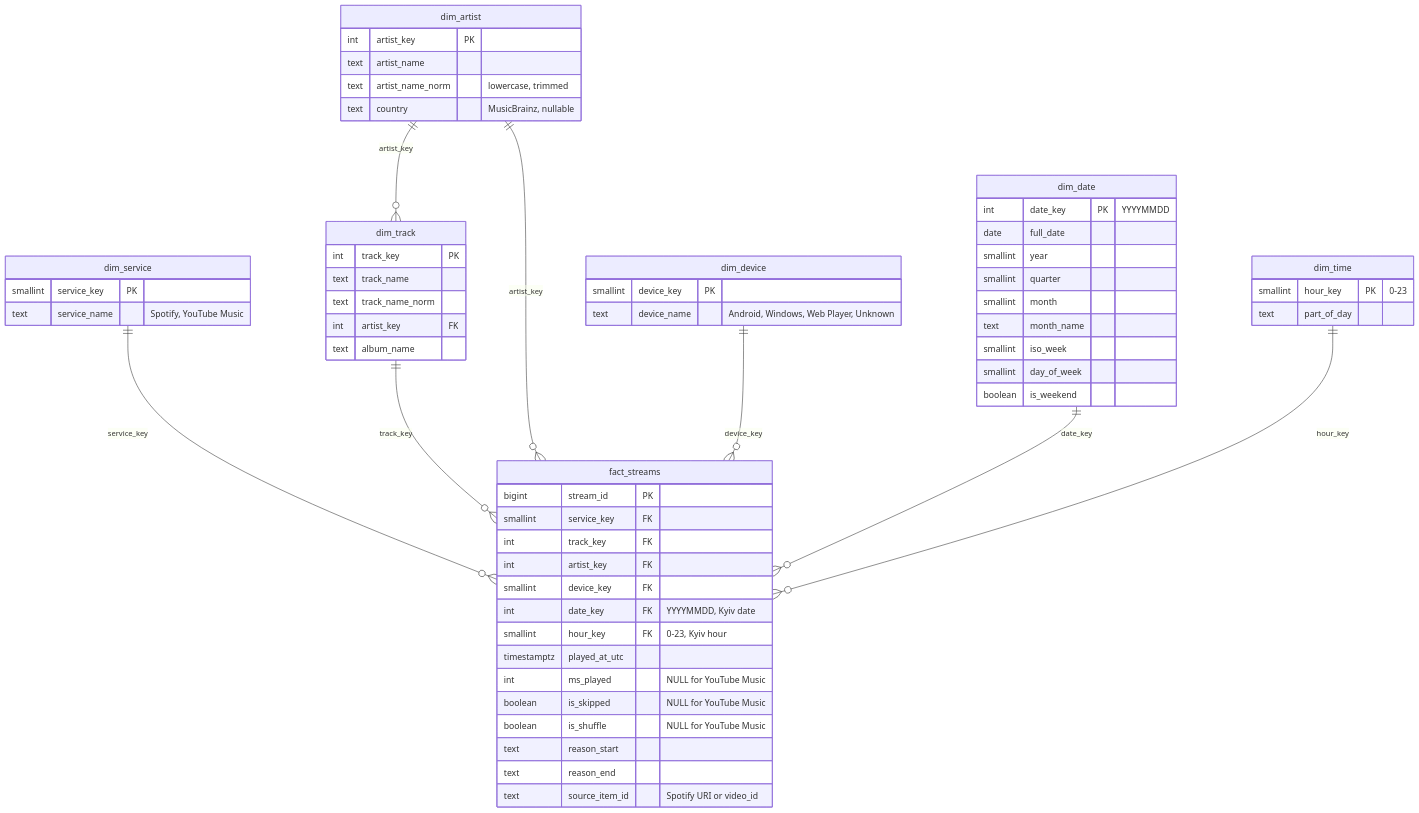
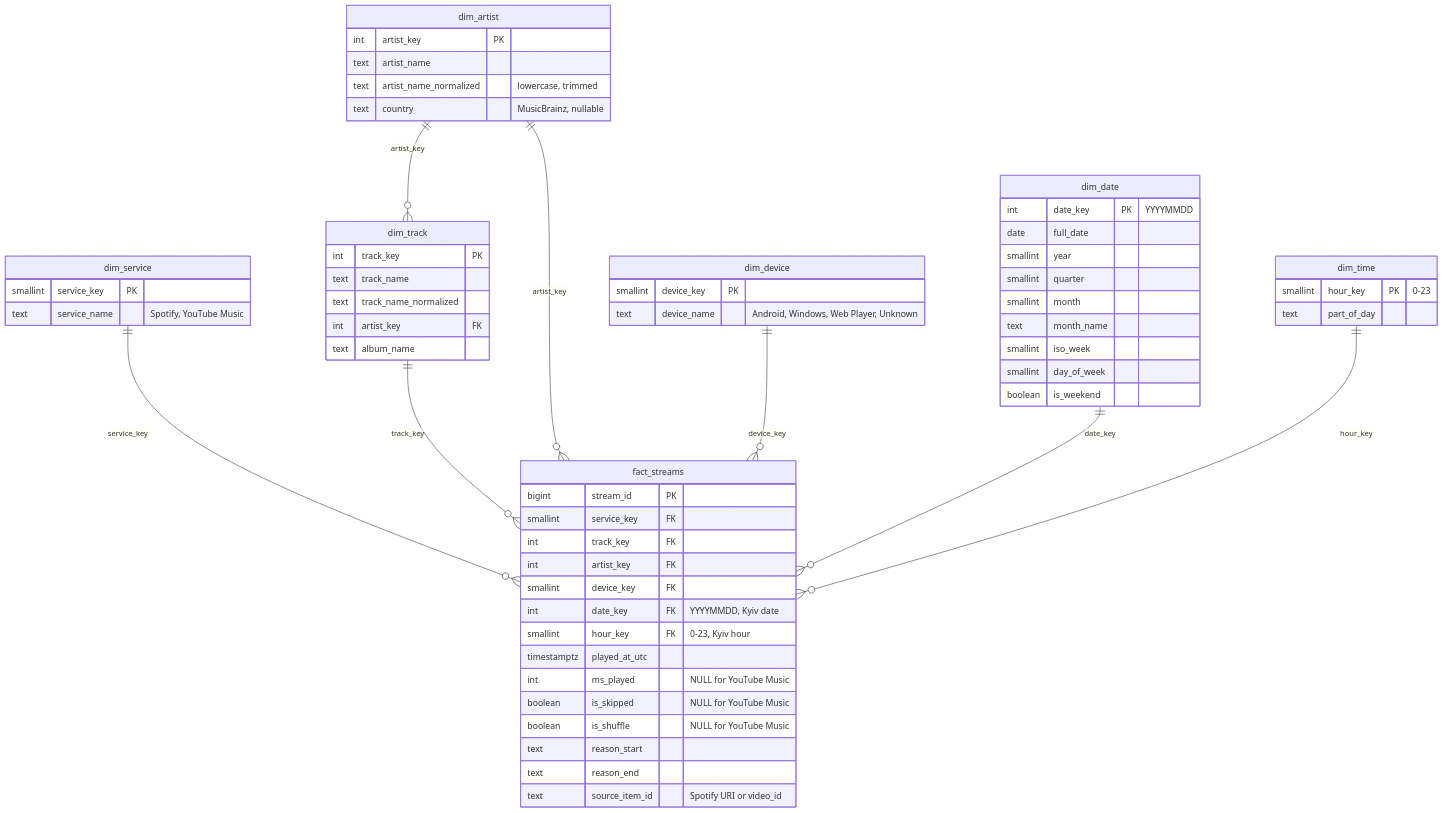
The diagram in docs/data_model.md (bohdankurshev/music-listening-analytics), drawn with Mermaid before and after one commit. The commit also changed other lines of this file and 4 other files, not shown here.

Commit message:
Add core star schema: dimensions, fact table, indexes

````diff
--- a/docs/data_model.md
+++ b/docs/data_model.md
@@ -55,63 +55,63 @@
 ```mermaid
 erDiagram
     dim_service ||--o{ fact_streams : service_key
     dim_track   ||--o{ fact_streams : track_key
     dim_artist  ||--o{ fact_streams : artist_key
     dim_artist  ||--o{ dim_track    : artist_key
     dim_device  ||--o{ fact_streams : device_key
     dim_date    ||--o{ fact_streams : date_key
     dim_time    ||--o{ fact_streams : hour_key
 
     fact_streams {
         bigint stream_id PK
         smallint service_key FK
         int track_key FK
         int artist_key FK
         smallint device_key FK
         int date_key FK "YYYYMMDD, Kyiv date"
         smallint hour_key FK "0-23, Kyiv hour"
         timestamptz played_at_utc
         int ms_played "NULL for YouTube Music"
         boolean is_skipped "NULL for YouTube Music"
         boolean is_shuffle "NULL for YouTube Music"
         text reason_start
         text reason_end
         text source_item_id "Spotify URI or video_id"
     }
     dim_service {
         smallint service_key PK
         text service_name "Spotify, YouTube Music"
     }
     dim_artist {
         int artist_key PK
         text artist_name
-        text artist_name_norm "lowercase, trimmed"
+        text artist_name_normalized "lowercase, trimmed"
         text country "MusicBrainz, nullable"
     }
     dim_track {
         int track_key PK
         text track_name
-        text track_name_norm
+        text track_name_normalized
         int artist_key FK
         text album_name
     }
     dim_device {
         smallint device_key PK
         text device_name "Android, Windows, Web Player, Unknown"
     }
     dim_date {
         int date_key PK "YYYYMMDD"
         date full_date
         smallint year
         smallint quarter
         smallint month
         text month_name
         smallint iso_week
         smallint day_of_week
         boolean is_weekend
     }
     dim_time {
         smallint hour_key PK "0-23"
         text part_of_day
     }
 ```
````
